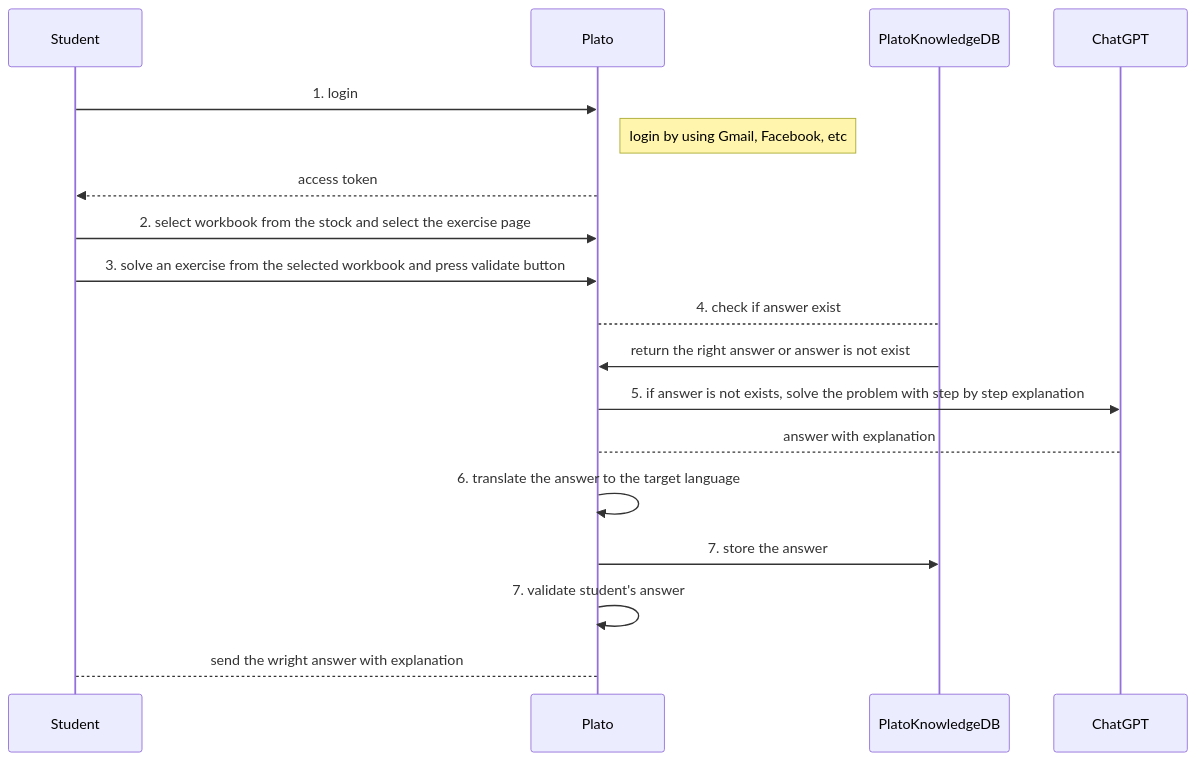
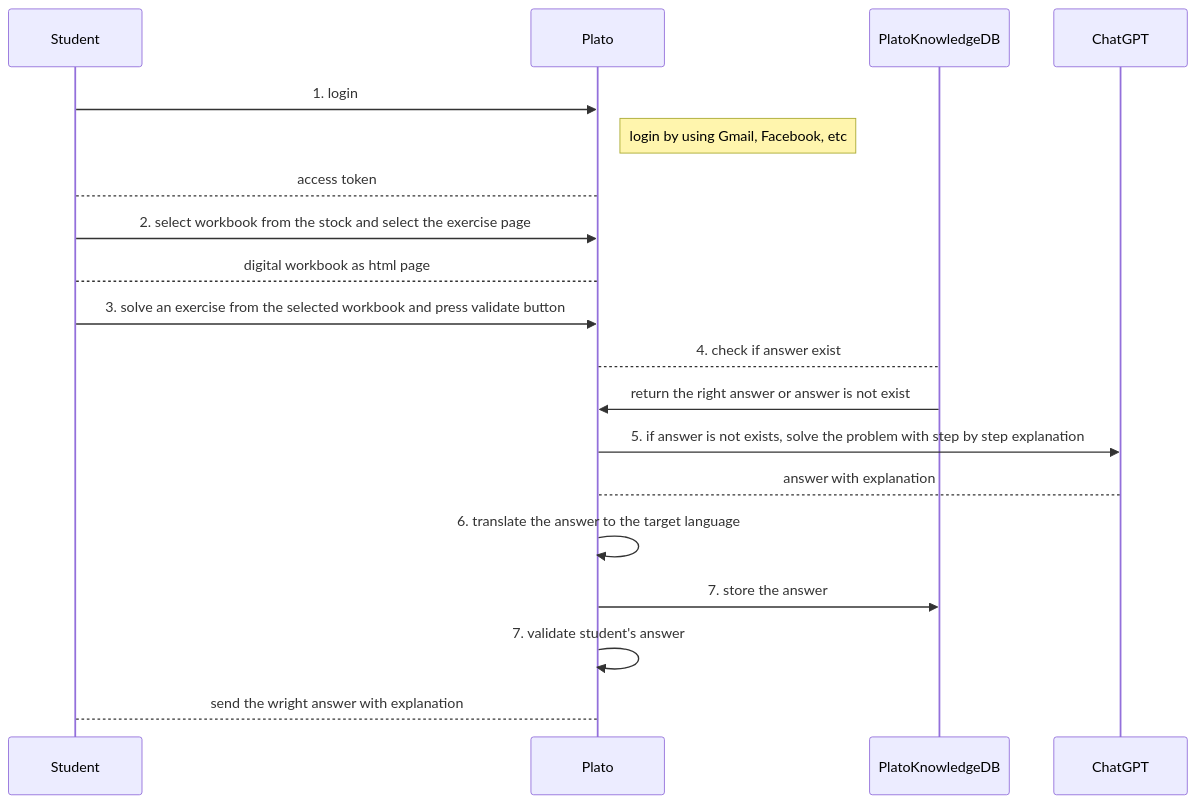
Before and after one commit to dimastatz/plato: the second of 2 diagrams in docs/design.md, drawn with Mermaid. The commit also changed other lines of this file, not shown here.

Commit message:
add questions

````diff
--- a/docs/design.md
+++ b/docs/design.md
@@ -59,16 +59,20 @@
 ```mermaid
 sequenceDiagram
+
 Student->>Plato: 1. login
 Note right of Plato: login by using Gmail, Facebook, etc 
-Plato-->>Student: access token
+Plato-->Student: access token
+
 Student->>Plato: 2. select workbook from the stock and select the exercise page
+Plato-->Student: digital workbook as html page 
+
 Student->>Plato: 3. solve an exercise from the selected workbook and press validate button
 Plato-->PlatoKnowledgeDB: 4. check if answer exist
 PlatoKnowledgeDB->>Plato: return the right answer or answer is not exist
 Plato->>ChatGPT: 5. if answer is not exists, solve the problem with step by step explanation 
 ChatGPT-->Plato: answer with explanation
 Plato->>Plato: 6. translate the answer to the target language
 Plato->>PlatoKnowledgeDB: 7. store the answer
 Plato->>Plato: 7. validate student's answer
 Plato-->Student: send the wright answer with explanation
 ```
````
